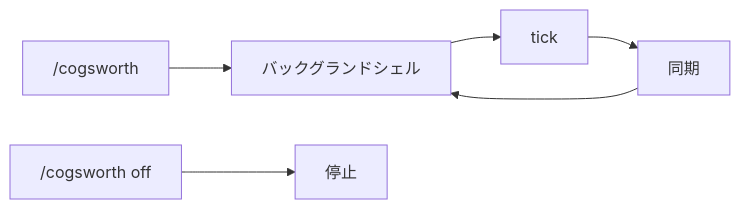
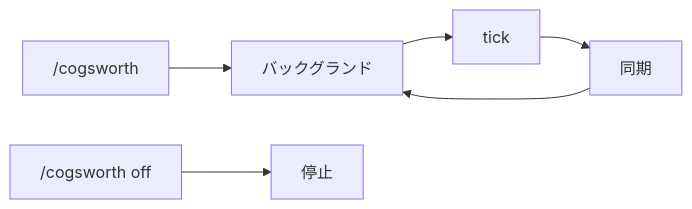
The second of 2 diagrams in CLAUDE.md (ac-nakamura-y/activecore), drawn with Mermaid before and after one commit. The commit also changed other lines of this file and 5 other files, not shown here.

````diff
--- a/CLAUDE.md
+++ b/CLAUDE.md
@@ -95,8 +119,8 @@
 ```mermaid
 flowchart LR
-  enable["/cogsworth"] --> loop["バックグランドシェル"]
+  enable["/cogsworth"] --> loop["バックグランド"]
   loop --> tick["tick"]
   tick --> sync["同期"]
   sync --> loop
   disable["/cogsworth off"] --> stop["停止"]
 ```
````
